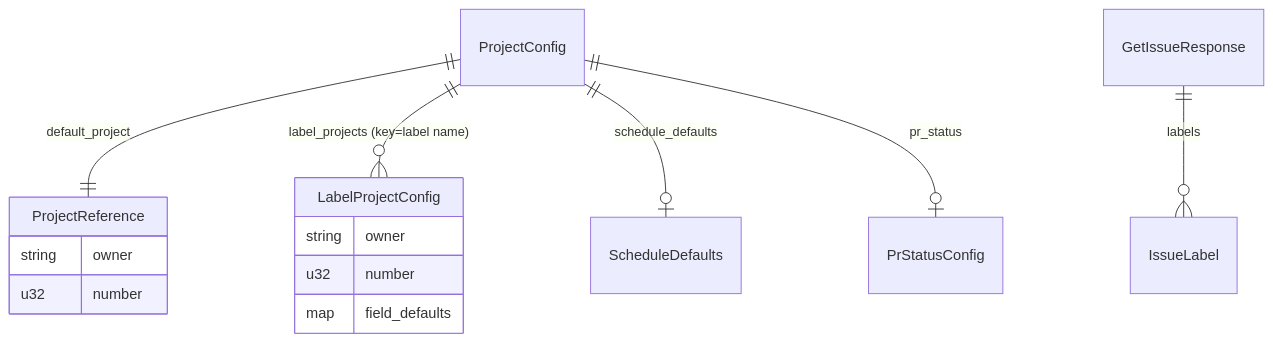
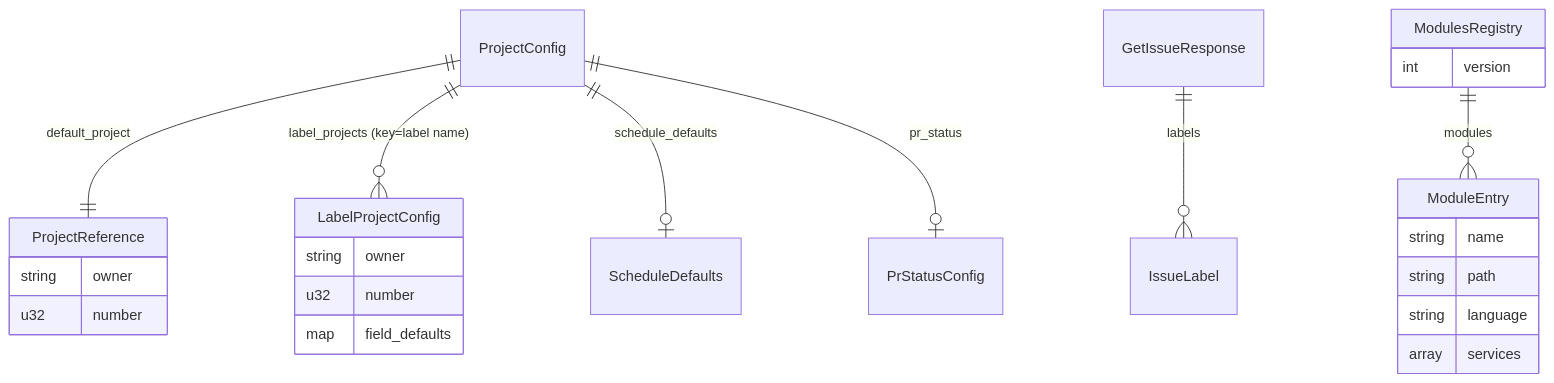
One commit to TE-ToshiakiTanaka2/tarnished changed the diagram in docs/design/shared/data-model.md. Above: the diagram before and after it, drawn with Mermaid. The commit also changed other lines of this file and 19 other files, not shown here.

````diff
--- a/docs/design/shared/data-model.md
+++ b/docs/design/shared/data-model.md
@@ -88,17 +116,27 @@
 ```mermaid
 erDiagram
     ProjectConfig ||--|| ProjectReference : "default_project"
     ProjectConfig ||--o{ LabelProjectConfig : "label_projects (key=label name)"
     ProjectConfig ||--o| ScheduleDefaults : "schedule_defaults"
     ProjectConfig ||--o| PrStatusConfig : "pr_status"
     GetIssueResponse ||--o{ IssueLabel : "labels"
     LabelProjectConfig {
         string owner
         u32 number
         map field_defaults
     }
     ProjectReference {
         string owner
         u32 number
     }
+    ModulesRegistry ||--o{ ModuleEntry : "modules"
+    ModulesRegistry {
+        int version
+    }
+    ModuleEntry {
+        string name
+        string path
+        string language
+        array services
+    }
 ```
````
